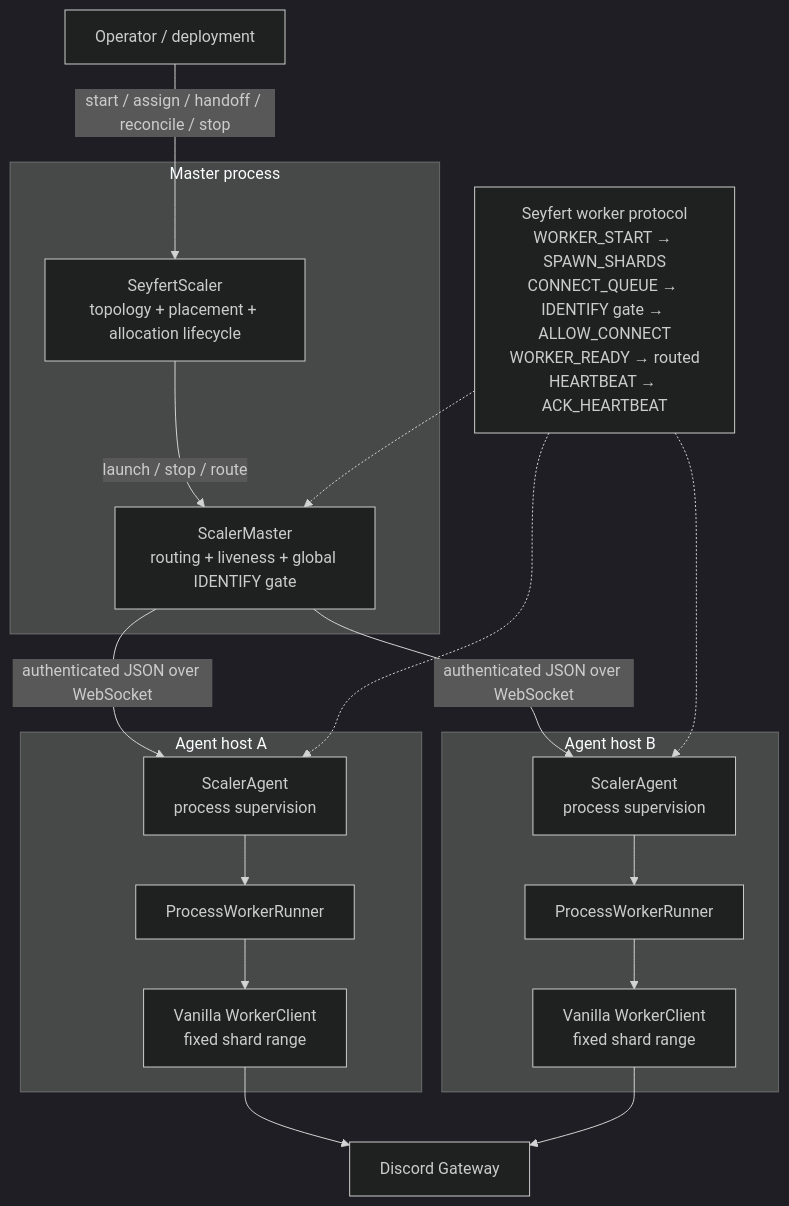
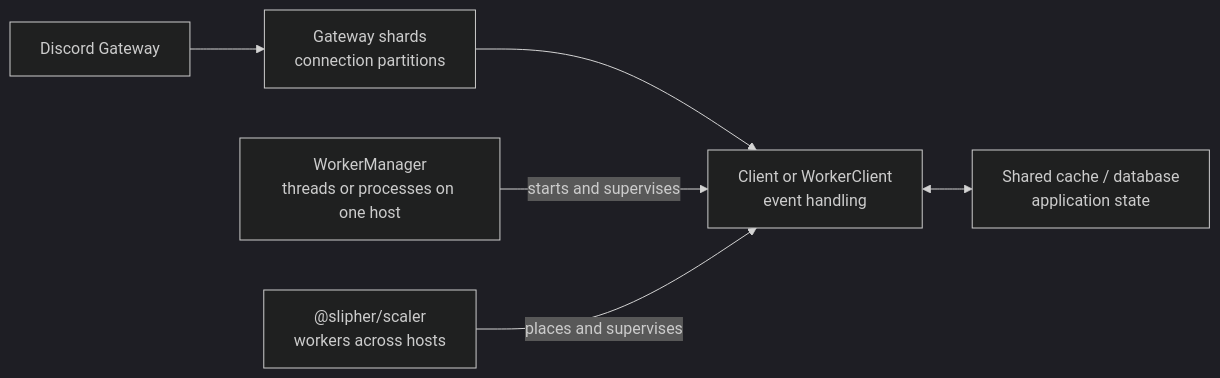
One commit to tiramisulabs/seyfert-web changed the diagram in content/docs/scaling/index.mdx. Above: the diagram before and after it, drawn with Mermaid (dark theme). The commit also changed other lines of this file and 7 other files, not shown here.

````diff
--- a/content/docs/scaling/index.mdx
+++ b/content/docs/scaling/index.mdx
@@ -26,39 +14,17 @@
 ```mermaid
-flowchart TD
-    accTitle: Distributed scaler architecture
-    accDescr: An operator controls the Seyfert scaler and master process. The master sends authenticated JSON messages over WebSocket to agents on multiple hosts. Each agent supervises a process runner and a vanilla WorkerClient with a fixed shard range connected to Discord.
+flowchart LR
+    accTitle: Seyfert scaling layers
+    accDescr: A Seyfert client or worker owns Discord gateway shards. WorkerManager can distribute workers across threads or processes on one host. The optional scaler can place those workers across several hosts. Shared cache and storage remain a separate application concern.
 
-    operator["Operator / deployment"]
+    discord["Discord Gateway"]
+    shards["Gateway shards<br/>connection partitions"]
+    runtime["Client or WorkerClient<br/>event handling"]
+    local["WorkerManager<br/>threads or processes on one host"]
+    distributed["@slipher/scaler<br/>workers across hosts"]
+    state["Shared cache / database<br/>application state"]
 
-    subgraph masterProcess["Master process"]
-        scaler["SeyfertScaler<br/>topology + placement + allocation lifecycle"]
-        master["ScalerMaster<br/>routing + liveness + global IDENTIFY gate"]
-        scaler -->|"launch / stop / route"| master
-    end
-
-    subgraph hostA["Agent host A"]
-        agentA["ScalerAgent<br/>process supervision"]
-        runnerA["ProcessWorkerRunner"]
-        workerA["Vanilla WorkerClient<br/>fixed shard range"]
-        agentA --> runnerA --> workerA
-    end
-
-    subgraph hostB["Agent host B"]
-        agentB["ScalerAgent<br/>process supervision"]
-        runnerB["ProcessWorkerRunner"]
-        workerB["Vanilla WorkerClient<br/>fixed shard range"]
-        agentB --> runnerB --> workerB
-    end
-
-    gateway["Discord Gateway"]
-    protocol["Seyfert worker protocol<br/>WORKER_START → SPAWN_SHARDS<br/>CONNECT_QUEUE → IDENTIFY gate → ALLOW_CONNECT<br/>WORKER_READY → routed<br/>HEARTBEAT → ACK_HEARTBEAT"]
-
-    operator -->|"start / assign / handoff / reconcile / stop"| scaler
-    master -->|"authenticated JSON over WebSocket"| agentA
-    master -->|"authenticated JSON over WebSocket"| agentB
-    workerA --> gateway
-    workerB --> gateway
-    protocol -.-> master
-    protocol -.-> agentA
-    protocol -.-> agentB
+    discord --> shards --> runtime
+    local -->|"starts and supervises"| runtime
+    distributed -->|"places and supervises"| runtime
+    runtime <--> state
 ```
````
